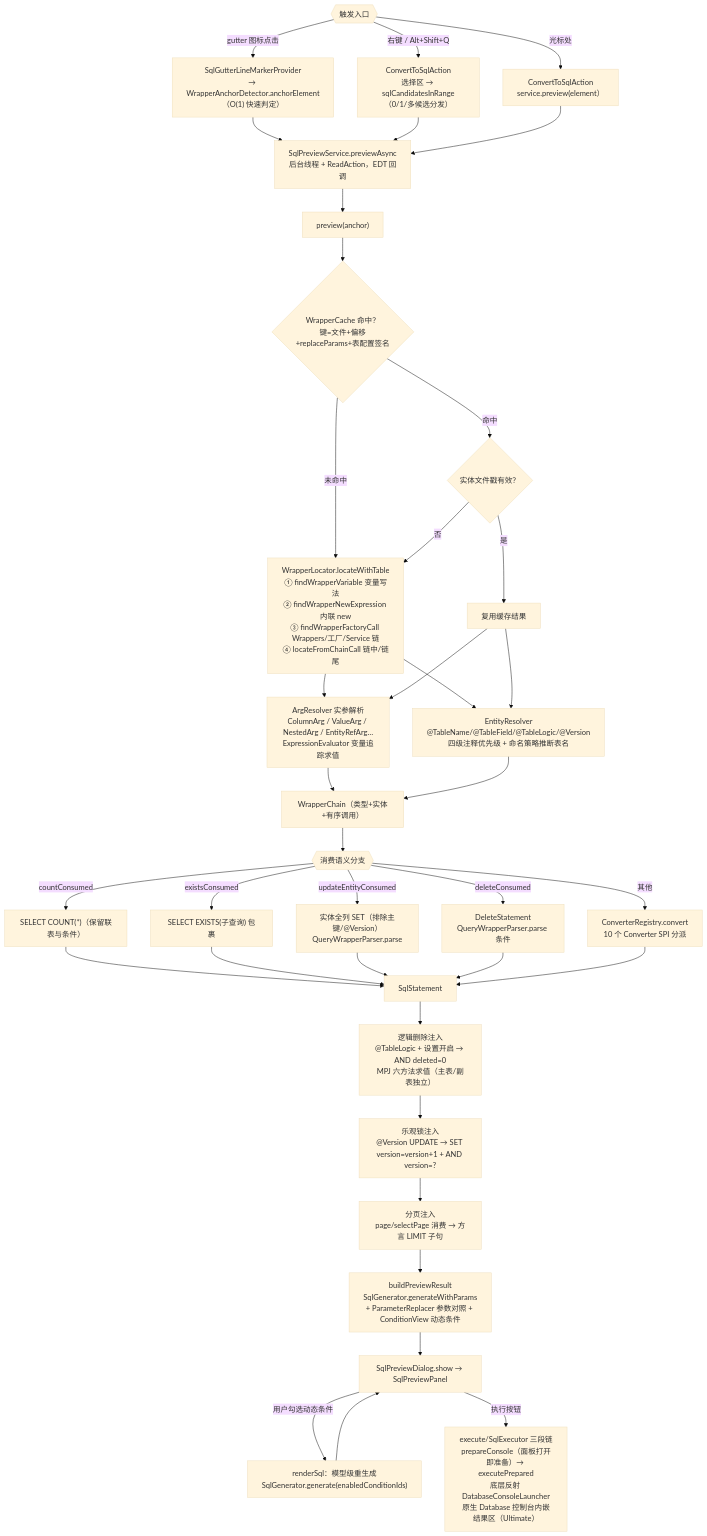
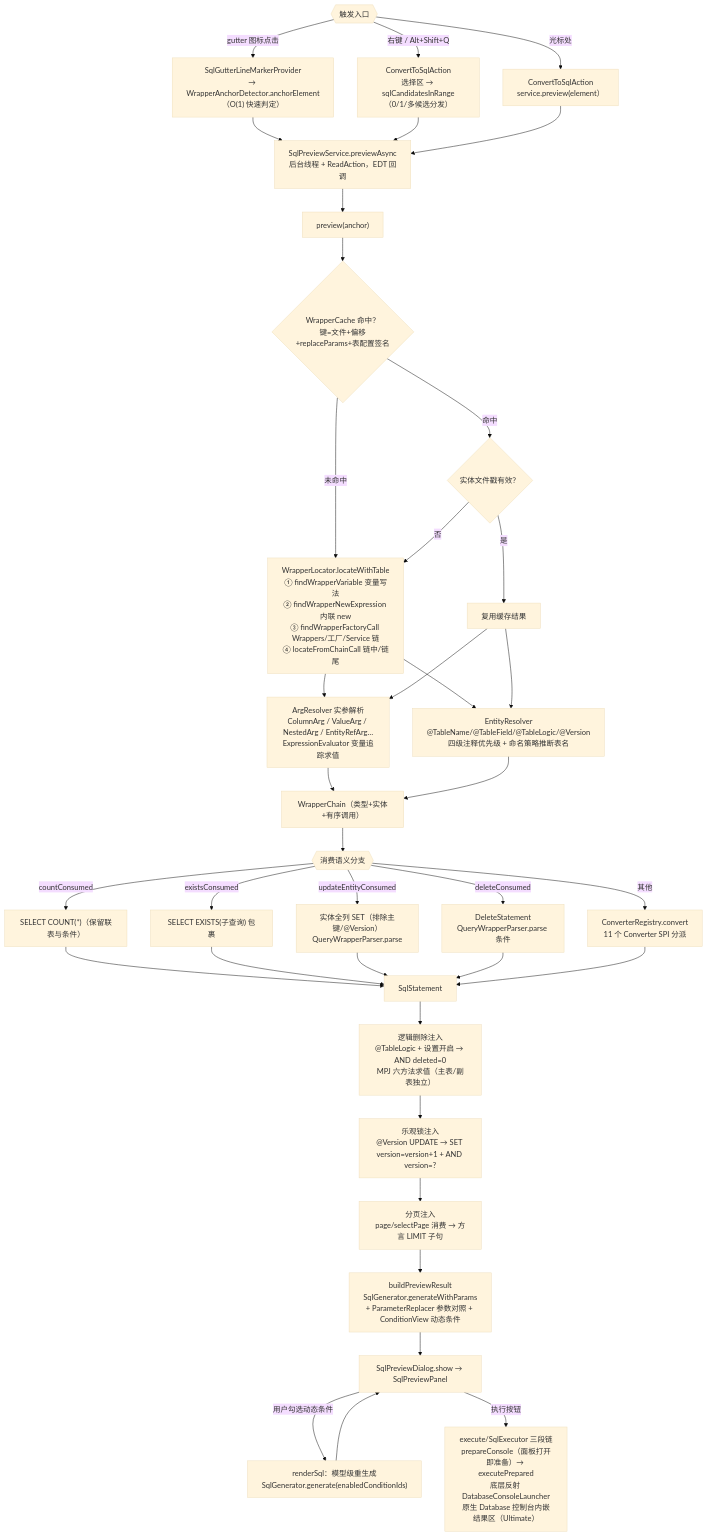
Before and after one commit to JayF211/mybatis-plus-sql-visualizer: the second of 14 diagrams in docs/架构设计/02-核心流程详解.md, drawn with Mermaid (base theme). The commit also changed other lines of this file and 3 other files, not shown here.

````diff
--- a/docs/架构设计/02-核心流程详解.md
+++ b/docs/架构设计/02-核心流程详解.md
@@ -40,46 +42,46 @@
 ```mermaid
 flowchart TD
     TRIGGER{{"触发入口"}}
     TRIGGER -->|"gutter 图标点击"| G1["SqlGutterLineMarkerProvider<br/>→ WrapperAnchorDetector.anchorElement（O(1) 快速判定）"]
     TRIGGER -->|"右键 / Alt+Shift+Q"| A1["ConvertToSqlAction<br/>选择区 → sqlCandidatesInRange（0/1/多候选分发）"]
     TRIGGER -->|"光标处"| A2["ConvertToSqlAction<br/>service.preview(element）"]
 
     G1 --> ASYNC["SqlPreviewService.previewAsync<br/>后台线程 + ReadAction，EDT 回调"]
     A1 --> ASYNC
     A2 --> ASYNC
 
     ASYNC --> P["preview(anchor)"]
     P --> CACHE{"WrapperCache 命中？<br/>键=文件+偏移+replaceParams+表配置签名"}
     CACHE -->|"未命中"| LOC["WrapperLocator.locateWithTable<br/>① findWrapperVariable 变量写法<br/>② findWrapperNewExpression 内联 new<br/>③ findWrapperFactoryCall Wrappers/工厂/Service 链<br/>④ locateFromChainCall 链中/链尾"]
     CACHE -->|"命中"| EFV{"实体文件戳有效？"}
     EFV -->|"否"| LOC
     EFV -->|"是"| LOC2["复用缓存结果"]
     LOC --> ARG["ArgResolver 实参解析<br/>ColumnArg / ValueArg / NestedArg / EntityRefArg…<br/>ExpressionEvaluator 变量追踪求值"]
     LOC2 --> ARG
     LOC --> ENT["EntityResolver<br/>@TableName/@TableField/@TableLogic/@Version<br/>四级注释优先级 + 命名策略推断表名"]
     LOC2 --> ENT
     ARG --> CHAIN["WrapperChain（类型+实体+有序调用）"]
     ENT --> CHAIN
 
     CHAIN --> SEM{{"消费语义分支"}}
     SEM -->|"countConsumed"| B1["SELECT COUNT(*)（保留联表与条件）"]
     SEM -->|"existsConsumed"| B2["SELECT EXISTS(子查询) 包裹"]
     SEM -->|"updateEntityConsumed"| B3["实体全列 SET（排除主键/@Version）<br/>QueryWrapperParser.parse"]
     SEM -->|"deleteConsumed"| B4["DeleteStatement<br/>QueryWrapperParser.parse 条件"]
-    SEM -->|"其他"| REG["ConverterRegistry.convert<br/>10 个 Converter SPI 分派"]
+    SEM -->|"其他"| REG["ConverterRegistry.convert<br/>11 个 Converter SPI 分派"]
     B1 --> STMT["SqlStatement"]
     B2 --> STMT
     B3 --> STMT
     B4 --> STMT
     REG --> STMT
 
     STMT --> LD["逻辑删除注入<br/>@TableLogic + 设置开启 → AND deleted=0<br/>MPJ 六方法求值（主表/副表独立）"]
     LD --> OL["乐观锁注入<br/>@Version UPDATE → SET version=version+1 + AND version=?"]
     OL --> PG["分页注入<br/>page/selectPage 消费 → 方言 LIMIT 子句"]
     PG --> RES["buildPreviewResult<br/>SqlGenerator.generateWithParams<br/>+ ParameterReplacer 参数对照 + ConditionView 动态条件"]
     RES --> DIALOG["SqlPreviewDialog.show → SqlPreviewPanel"]
 
     DIALOG -->|"用户勾选动态条件"| RGEN["renderSql：模型级重生成<br/>SqlGenerator.generate(enabledConditionIds)"]
     RGEN --> DIALOG
     DIALOG -->|"执行按钮"| EXEC["execute/SqlExecutor 三段链<br/>prepareConsole（面板打开即准备）→ executePrepared<br/>底层反射 DatabaseConsoleLauncher<br/>原生 Database 控制台内嵌结果区（Ultimate）"]
 ```
````
